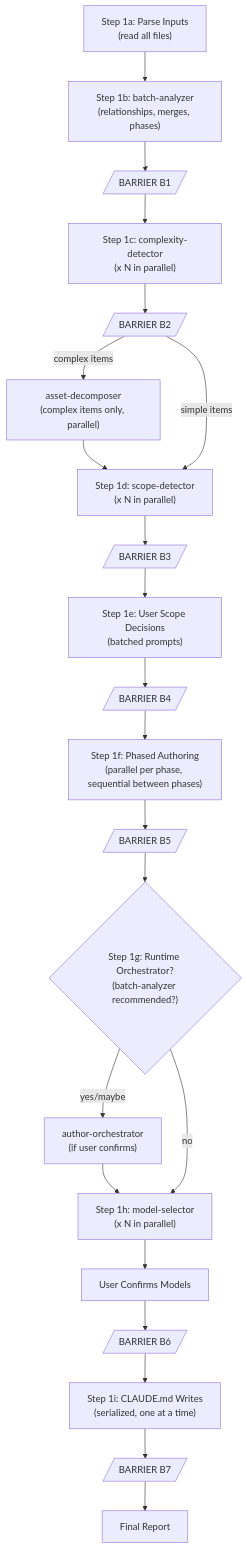
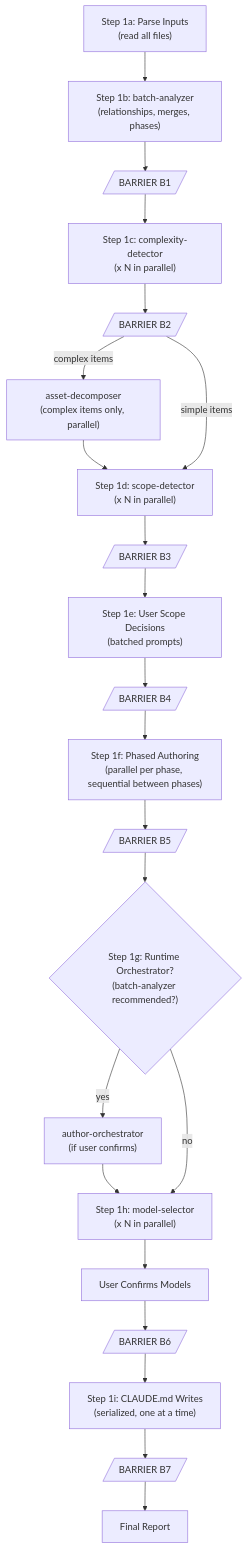
Before and after one commit to DigitalCowboyN/claude-asset-writer: the third of 10 diagrams in docs/architecture.md, drawn with Mermaid. The commit also changed other lines of this file, not shown here.

First line of the commit message:
Fix stale references in architecture docs after execution order simplification

````diff
--- a/docs/architecture.md
+++ b/docs/architecture.md
@@ -67,38 +67,38 @@
 ```mermaid
 flowchart TD
     parse["Step 1a: Parse Inputs\n(read all files)"]
     ba["Step 1b: batch-analyzer\n(relationships, merges, phases)"]
     b1[/"BARRIER B1"/]
 
     cd["Step 1c: complexity-detector\n(x N in parallel)"]
     b2[/"BARRIER B2"/]
     decomp["asset-decomposer\n(complex items only, parallel)"]
 
     sd["Step 1d: scope-detector\n(x N in parallel)"]
     b3[/"BARRIER B3"/]
 
     scope_prompt["Step 1e: User Scope Decisions\n(batched prompts)"]
     b4[/"BARRIER B4"/]
 
     author["Step 1f: Phased Authoring\n(parallel per phase, sequential between phases)"]
     b5[/"BARRIER B5"/]
 
     runtime{"Step 1g: Runtime Orchestrator?\n(batch-analyzer recommended?)"}
     create_orch["author-orchestrator\n(if user confirms)"]
 
     ms["Step 1h: model-selector\n(x N in parallel)"]
     model_prompt["User Confirms Models"]
     b6[/"BARRIER B6"/]
 
     claude_md["Step 1i: CLAUDE.md Writes\n(serialized, one at a time)"]
     b7[/"BARRIER B7"/]
     report["Final Report"]
 
     parse --> ba --> b1 --> cd --> b2
     b2 -->|"complex items"| decomp --> sd
     b2 -->|"simple items"| sd
     sd --> b3 --> scope_prompt --> b4 --> author --> b5 --> runtime
-    runtime -->|"yes/maybe"| create_orch --> ms
+    runtime -->|"yes"| create_orch --> ms
     runtime -->|"no"| ms
     ms --> model_prompt --> b6 --> claude_md --> b7 --> report
 ```
````
